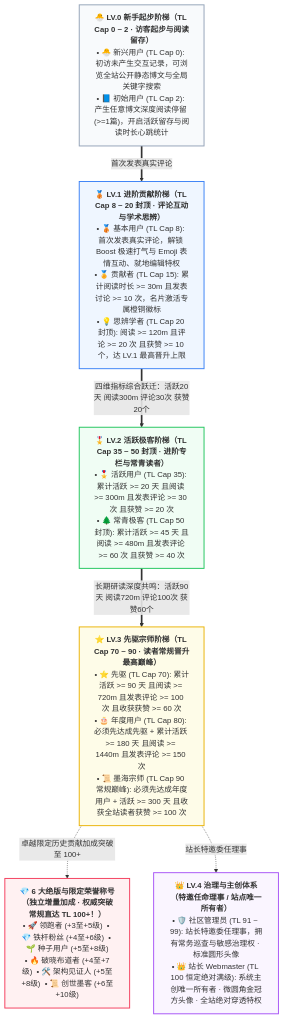
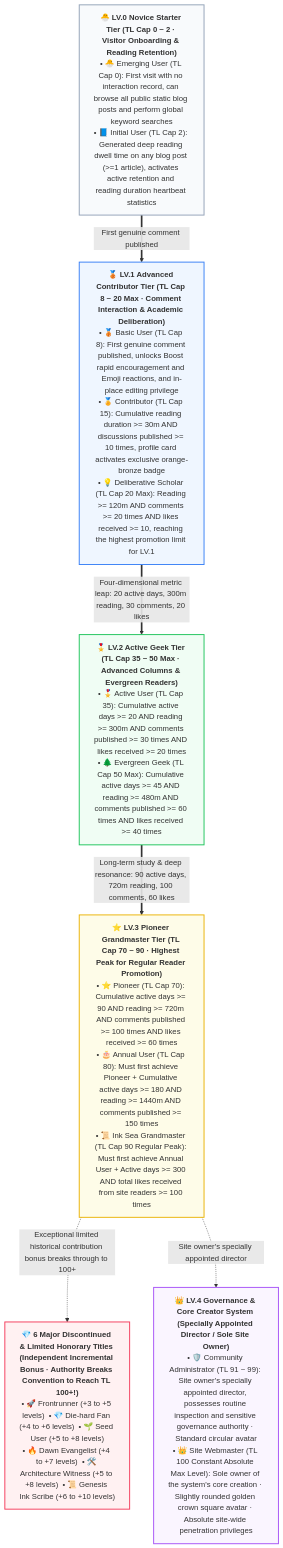
One commit to shijianus/astro-theme-shijianus changed the diagram in src/content/posts/badges-guide-en.md. Above: the diagram before and after it, drawn with Mermaid. The commit also changed other lines of this file and 23 other files, not shown here.

````diff
--- a/src/content/posts/badges-guide-en.md
+++ b/src/content/posts/badges-guide-en.md
@@ -86,27 +85,27 @@
 ```mermaid
 flowchart TD
     classDef lv0 fill:#f8fafc,stroke:#94a3b8,stroke-width:2px;
     classDef lv1 fill:#eff6ff,stroke:#3b82f6,stroke-width:2px;
     classDef lv2 fill:#f0fdf4,stroke:#22c55e,stroke-width:2px;
     classDef lv3 fill:#fefce8,stroke:#eab308,stroke-width:2px;
     classDef lv4 fill:#faf5ff,stroke:#a855f7,stroke-width:2px;
     classDef spec fill:#fff1f2,stroke:#f43f5e,stroke-width:2px;
 
-    LV0["<b>🐣 LV.0 新手起步阶梯（TL Cap 0 ~ 2 · 访客起步与阅读留存）</b><br/>• 🐣 新兴用户 (TL Cap 0): 初访未产生交互记录，可浏览全站公开静态博文与全局关键字搜索<br/>• 📘 初始用户 (TL Cap 2): 产生任意博文深度阅读停留 (>=1篇)，开启活跃留存与阅读时长心跳统计"]:::lv0
+    LV0["<b>🐣 LV.0 Novice Starter Tier (TL Cap 0 ~ 2 · Visitor Onboarding & Reading Retention)</b><br/>• 🐣 Emerging User (TL Cap 0): First visit with no interaction record, can browse all public static blog posts and perform global keyword searches<br/>• 📘 Initial User (TL Cap 2): Generated deep reading dwell time on any blog post (>=1 article), activates active retention and reading duration heartbeat statistics"]:::lv0
 
-    LV1["<b>🥉 LV.1 进阶贡献阶梯（TL Cap 8 ~ 20 封顶 · 评论互动与学术思辨）</b><br/>• 🥉 基本用户 (TL Cap 8): 首次发表真实评论，解锁 Boost 极速打气与 Emoji 表情互动、就地编辑特权<br/>• 🏅 贡献者 (TL Cap 15): 累计阅读时长 >= 30m 且发表讨论 >= 10 次，名片激活专属橙铜徽标<br/>• 💡 思辨学者 (TL Cap 20 封顶): 阅读 >= 120m 且评论 >= 20 次 且获赞 >= 10 个，达 LV.1 最高晋升上限"]:::lv1
+    LV1["<b>🥉 LV.1 Advanced Contributor Tier (TL Cap 8 ~ 20 Max · Comment Interaction & Academic Deliberation)</b><br/>• 🥉 Basic User (TL Cap 8): First genuine comment published, unlocks Boost rapid encouragement and Emoji reactions, and in-place editing privilege<br/>• 🏅 Contributor (TL Cap 15): Cumulative reading duration >= 30m AND discussions published >= 10 times, profile card activates exclusive orange-bronze badge<br/>• 💡 Deliberative Scholar (TL Cap 20 Max): Reading >= 120m AND comments >= 20 times AND likes received >= 10, reaching the highest promotion limit for LV.1"]:::lv1
 
-    LV2["<b>🎖️ LV.2 活跃极客阶梯（TL Cap 35 ~ 50 封顶 · 进阶专栏与常青读者）</b><br/>• 🎖️ 活跃用户 (TL Cap 35): 累计活跃 >= 20 天 且阅读 >= 300m 且发表评论 >= 30 次 且获赞 >= 20 次<br/>• 🌲 常青极客 (TL Cap 50 封顶): 累计活跃 >= 45 天 且阅读 >= 480m 且发表评论 >= 60 次 且获赞 >= 40 次"]:::lv2
+    LV2["<b>🎖️ LV.2 Active Geek Tier (TL Cap 35 ~ 50 Max · Advanced Columns & Evergreen Readers)</b><br/>• 🎖️ Active User (TL Cap 35): Cumulative active days >= 20 AND reading >= 300m AND comments published >= 30 times AND likes received >= 20 times<br/>• 🌲 Evergreen Geek (TL Cap 50 Max): Cumulative active days >= 45 AND reading >= 480m AND comments published >= 60 times AND likes received >= 40 times"]:::lv2
 
-    LV3["<b>⭐ LV.3 先驱宗师阶梯（TL Cap 70 ~ 90 · 读者常规晋升最高巅峰）</b><br/>• ⭐ 先驱 (TL Cap 70): 累计活跃 >= 90 天 且阅读 >= 720m 且发表评论 >= 100 次 且收获获赞 >= 60 次<br/>• 🎂 年度用户 (TL Cap 80): 必须先达成先驱 + 累计活跃 >= 180 天 且阅读 >= 1440m 且发表评论 >= 150 次<br/>• 📜 墨海宗师 (TL Cap 90 常规巅峰): 必须先达成年度用户 + 活跃 >= 300 天 且收获全站读者获赞 >= 100 次"]:::lv3
+    LV3["<b>⭐ LV.3 Pioneer Grandmaster Tier (TL Cap 70 ~ 90 · Highest Peak for Regular Reader Promotion)</b><br/>• ⭐ Pioneer (TL Cap 70): Cumulative active days >= 90 AND reading >= 720m AND comments published >= 100 times AND likes received >= 60 times<br/>• 🎂 Annual User (TL Cap 80): Must first achieve Pioneer + Cumulative active days >= 180 AND reading >= 1440m AND comments published >= 150 times<br/>• 📜 Ink Sea Grandmaster (TL Cap 90 Regular Peak): Must first achieve Annual User + Active days >= 300 AND total likes received from site readers >= 100 times"]:::lv3
 
-    SPEC["<b>💎 6 大绝版与限定荣誉称号（独立增量加成 · 权威突破常规直达 TL 100+！）</b><br/>• 🚀 领跑者 (+3至+5级)  • 💎 铁杆粉丝 (+4至+6级)  • 🌱 种子用户 (+5至+8级)<br/>• 🔥 破晓布道者 (+4至+7级)  • 🛠️ 架构见证人 (+5至+8级)  • 📜 创世墨客 (+6至+10级)"]:::spec
+    SPEC["<b>💎 6 Major Discontinued & Limited Honorary Titles (Independent Incremental Bonus · Authority Breaks Convention to Reach TL 100+!)</b><br/>• 🚀 Frontrunner (+3 to +5 levels)  • 💎 Die-hard Fan (+4 to +6 levels)  • 🌱 Seed User (+5 to +8 levels)<br/>• 🔥 Dawn Evangelist (+4 to +7 levels)  • 🛠️ Architecture Witness (+5 to +8 levels)  • 📜 Genesis Ink Scribe (+6 to +10 levels)"]:::spec
 
-    LV4["<b>👑 LV.4 治理与主创体系（特邀任命理事 / 站点唯一所有者）</b><br/>• 🛡️ 社区管理员 (TL 91 ~ 99): 站长特邀委任理事，拥有常务巡查与敏感治理权 · 标准圆形头像<br/>• 👑 站长 Webmaster (TL 100 恒定绝对满级): 系统主创唯一所有者 · 微圆角金冠方头像 · 全站绝对穿透特权"]:::lv4
+    LV4["<b>👑 LV.4 Governance & Core Creator System (Specially Appointed Director / Sole Site Owner)</b><br/>• 🛡️ Community Administrator (TL 91 ~ 99): Site owner's specially appointed director, possesses routine inspection and sensitive governance authority · Standard circular avatar<br/>• 👑 Site Webmaster (TL 100 Constant Absolute Max Level): Sole owner of the system's core creation · Slightly rounded golden crown square avatar · Absolute site-wide penetration privileges"]:::lv4
 
-    LV0 ==>|首次发表真实评论| LV1
-    LV1 ==>|四维指标综合跃迁：活跃20天 阅读300m 评论30次 获赞20个| LV2
-    LV2 ==>|长期研读深度共鸣：活跃90天 阅读720m 评论100次 获赞60个| LV3
-    LV3 -. 卓越限定历史贡献加成突破至 100+ .-> SPEC
-    LV3 -. 站长特邀委任理事 .-> LV4
+    LV0 ==>|First genuine comment published| LV1
+    LV1 ==>|Four-dimensional metric leap: 20 active days, 300m reading, 30 comments, 20 likes| LV2
+    LV2 ==>|Long-term study & deep resonance: 90 active days, 720m reading, 100 comments, 60 likes| LV3
+    LV3 -. Exceptional limited historical contribution bonus breaks through to 100+ .-> SPEC
+    LV3 -. Site owner's specially appointed director .-> LV4
 ```
````
